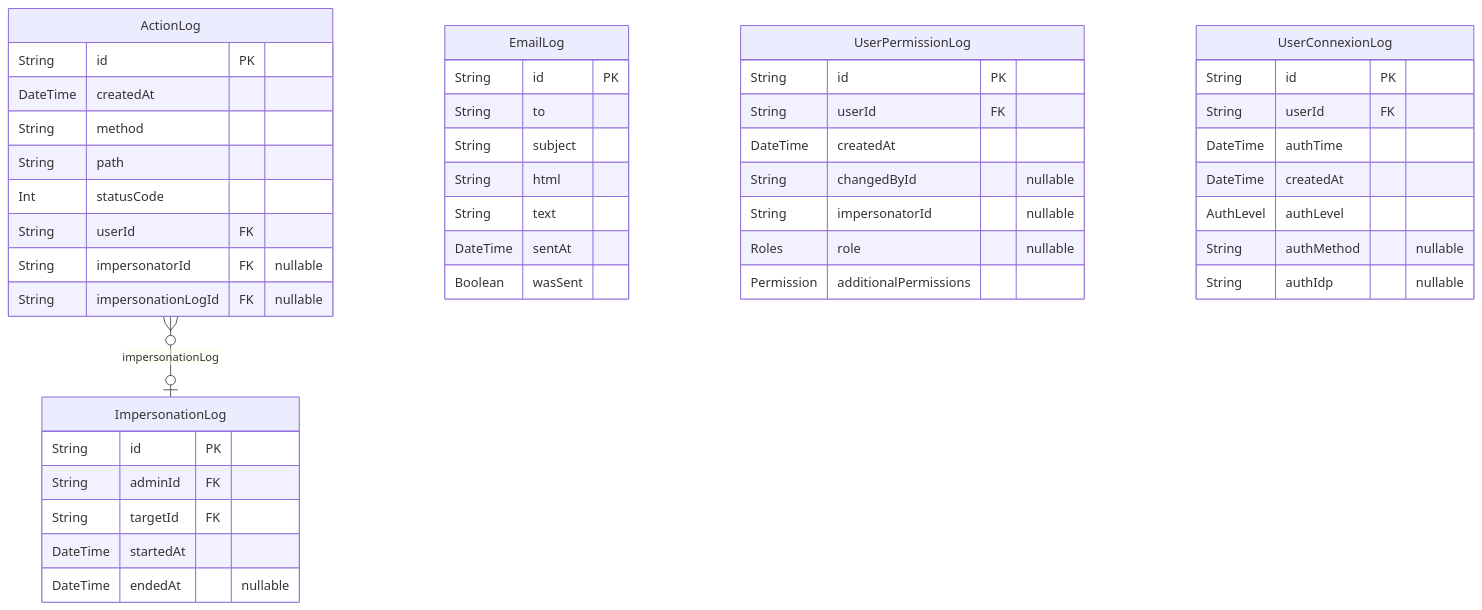
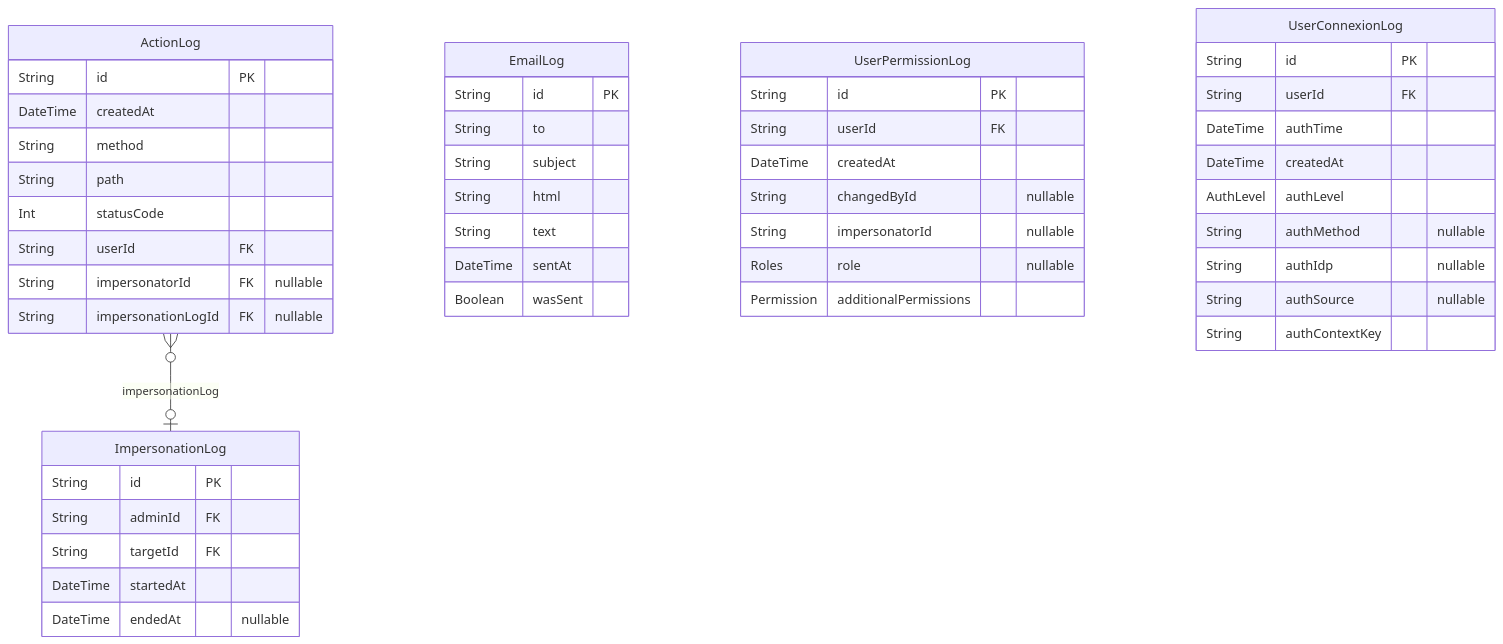
Diagram 15 of 15 in backend/prisma/docs/schema.md (dnum-mi/referentiel-applications), drawn with Mermaid before and after one commit. The commit also changed other lines of this file and 13 other files, not shown here.

````diff
--- a/backend/prisma/docs/schema.md
+++ b/backend/prisma/docs/schema.md
@@ -1351,48 +1351,50 @@
 ```mermaid
 erDiagram
 "ActionLog" {
   String id PK
   DateTime createdAt
   String method
   String path
   Int statusCode
   String userId FK
   String impersonatorId FK "nullable"
   String impersonationLogId FK "nullable"
 }
 "EmailLog" {
   String id PK
   String to
   String subject
   String html
   String text
   DateTime sentAt
   Boolean wasSent
 }
 "UserPermissionLog" {
   String id PK
   String userId FK
   DateTime createdAt
   String changedById "nullable"
   String impersonatorId "nullable"
   Roles role "nullable"
   Permission additionalPermissions
 }
 "UserConnexionLog" {
   String id PK
   String userId FK
   DateTime authTime
   DateTime createdAt
   AuthLevel authLevel
   String authMethod "nullable"
   String authIdp "nullable"
+  String authSource "nullable"
+  String authContextKey
 }
 "ImpersonationLog" {
   String id PK
   String adminId FK
   String targetId FK
   DateTime startedAt
   DateTime endedAt "nullable"
 }
 "ActionLog" }o--o| "ImpersonationLog" : impersonationLog
 ```
````
